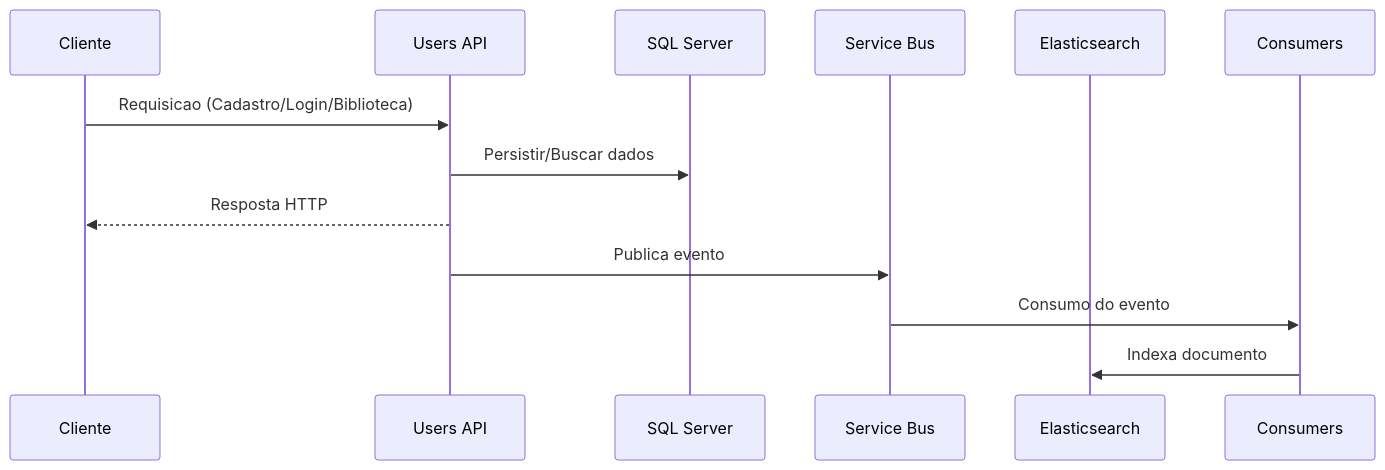
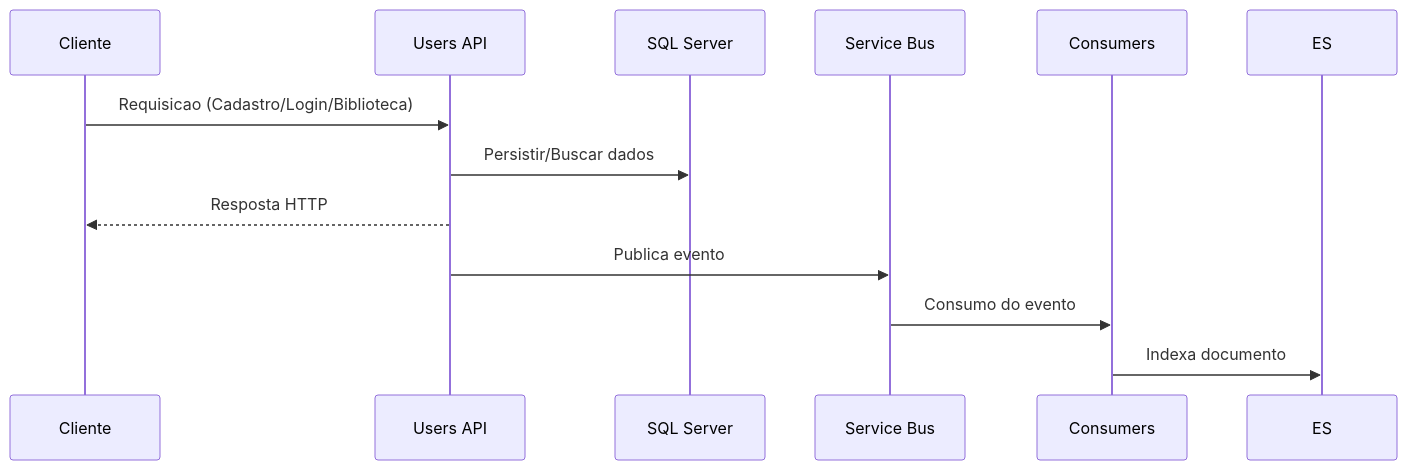
One commit to deiserech/fiap-solidarity-connection-donors changed the second of 3 diagrams in README.md. Above: the diagram before and after it, drawn with Mermaid. The commit also changed other lines of this file and 134 other files, not shown here.

````diff
--- a/README.md
+++ b/README.md
@@ -39,17 +37,16 @@
 ```mermaid
 sequenceDiagram
   participant C as Cliente
   participant API as Users API
   participant DB as SQL Server
   participant SB as Service Bus
-  participant ES as Elasticsearch
   participant WK as Consumers
 
   C->>API: Requisicao (Cadastro/Login/Biblioteca)
   API->>DB: Persistir/Buscar dados
   API-->>C: Resposta HTTP
 
   API->>SB: Publica evento
   SB->>WK: Consumo do evento
   WK->>ES: Indexa documento
 ```
````
